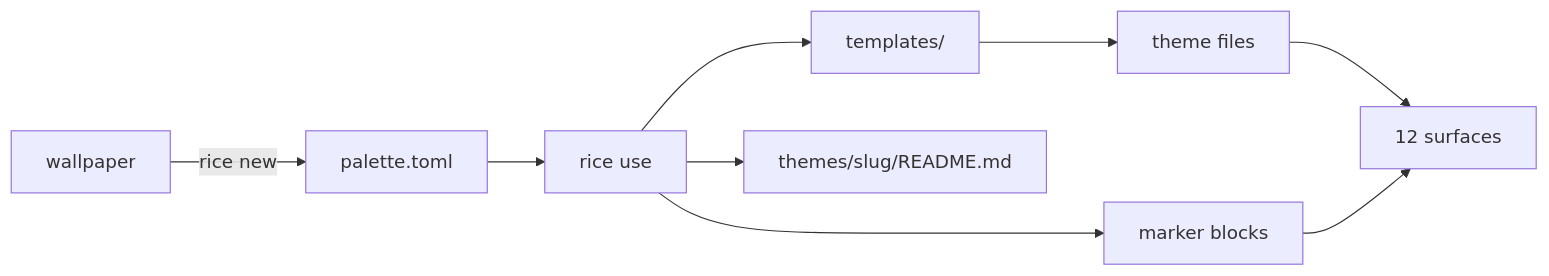
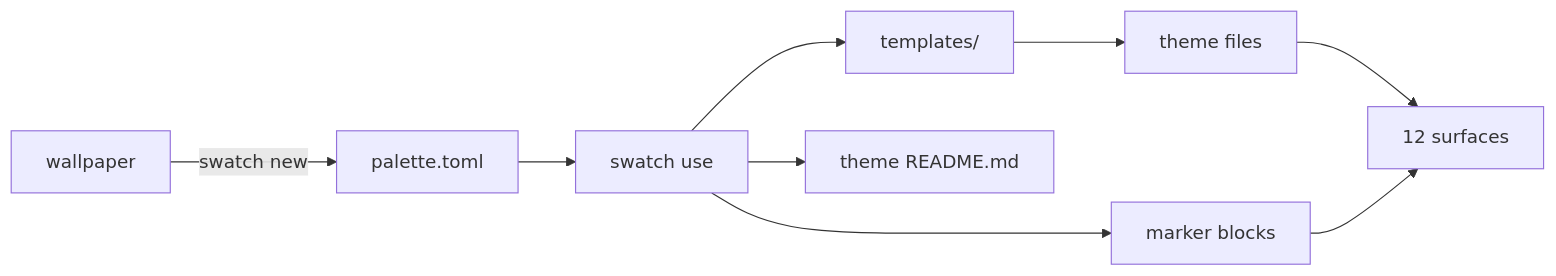
Before and after one commit to nitrimandylis/swatch: the diagram in README.md, drawn with Mermaid. The commit also changed other lines of this file and 27 other files, not shown here.

First line of the commit message:
rename to swatch, and move themes out of the repo

````diff
--- a/README.md
+++ b/README.md
@@ -149,11 +131,11 @@
 ```mermaid
 flowchart LR
-    W[wallpaper] -->|rice new| P[palette.toml]
-    P --> R[rice use]
+    W[wallpaper] -->|swatch new| P[palette.toml]
+    P --> R[swatch use]
     R --> T[templates/]
     T --> F[theme files]
     R --> M[marker blocks]
     F --> A[12 surfaces]
     M --> A
-    R --> D[themes/slug/README.md]
+    R --> D[theme README.md]
 ```
````
